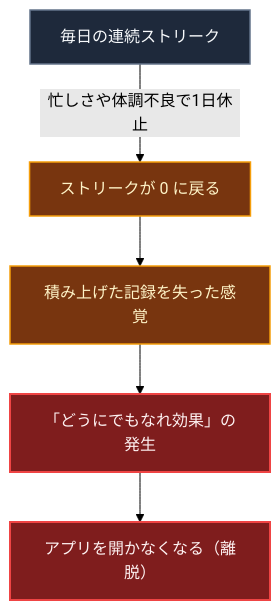
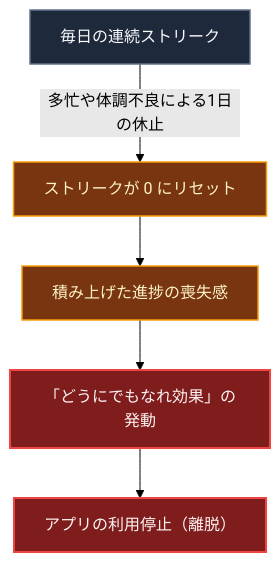
Before and after one commit to ScriptureHabit/scripture-habit: the first of 3 diagrams in docs/ja/logic-milestone-retention.md, drawn with Mermaid (forest theme). The commit also changed other lines of this file and 57 other files, not shown here.

Commit message:
docs: refine documentation prose and add structured diagram breakdowns across JA and EN

````diff
--- a/docs/ja/logic-milestone-retention.md
+++ b/docs/ja/logic-milestone-retention.md
@@ -13,11 +11,11 @@
 ```mermaid
 flowchart TD
     classDef default fill:#1e293b,stroke:#64748b,stroke-width:1.5px,color:#f8fafc;
     classDef warn fill:#78350f,stroke:#f59e0b,stroke-width:1.5px,color:#fef3c7;
     classDef danger fill:#7f1d1d,stroke:#ef4444,stroke-width:2px,color:#fef2f2;
 
-    A["毎日の連続ストリーク"]:::default -->|"忙しさや体調不良で1日休止"| B["ストリークが 0 に戻る"]:::warn
-    B --> C["積み上げた記録を失った感覚"]:::warn
-    C --> D["「どうにでもなれ効果」の発生"]:::danger
-    D --> E["アプリを開かなくなる（離脱）"]:::danger
+    A["毎日の連続ストリーク"]:::default -->|"多忙や体調不良による1日の休止"| B["ストリークが 0 にリセット"]:::warn
+    B --> C["積み上げた進捗の喪失感"]:::warn
+    C --> D["「どうにでもなれ効果」の発動"]:::danger
+    D --> E["アプリの利用停止（離脱）"]:::danger
 ```
````
